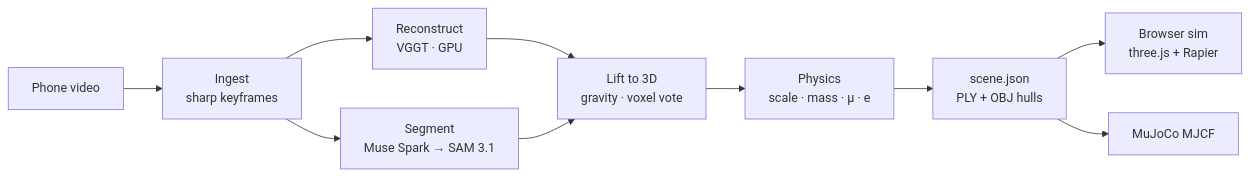
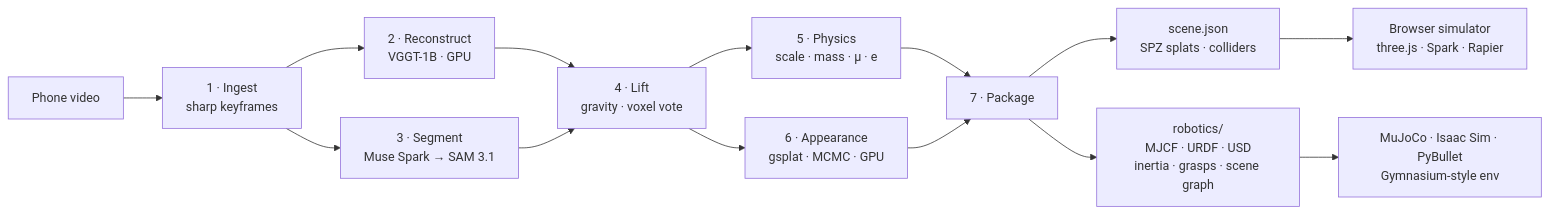
Before and after one commit to DanielTong50/3d-visualization: the diagram in README.md, drawn with Mermaid. The commit also changed other lines of this file and 4 other files, not shown here.

````diff
--- a/README.md
+++ b/README.md
@@ -50,12 +38,16 @@
 ```mermaid
 flowchart LR
-    V[Phone video] --> I[Ingest<br/>sharp keyframes]
-    I --> R[Reconstruct<br/>VGGT · GPU]
-    I --> S[Segment<br/>Muse Spark → SAM 3.1]
-    R --> L[Lift to 3D<br/>gravity · voxel vote]
+    V[Phone video] --> I[1 · Ingest<br/>sharp keyframes]
+    I --> R[2 · Reconstruct<br/>VGGT-1B · GPU]
+    I --> S[3 · Segment<br/>Muse Spark → SAM 3.1]
+    R --> L[4 · Lift<br/>gravity · voxel vote]
     S --> L
-    L --> P[Physics<br/>scale · mass · μ · e]
-    P --> K[scene.json<br/>PLY + OBJ hulls]
-    K --> W[Browser sim<br/>three.js + Rapier]
-    K --> M[MuJoCo MJCF]
+    L --> P[5 · Physics<br/>scale · mass · μ · e]
+    L --> G[6 · Appearance<br/>gsplat · MCMC · GPU]
+    P --> K[7 · Package]
+    G --> K
+    K --> SC[scene.json<br/>SPZ splats · colliders]
+    K --> RB[robotics/<br/>MJCF · URDF · USD<br/>inertia · grasps · scene graph]
+    SC --> W[Browser simulator<br/>three.js · Spark · Rapier]
+    RB --> M[MuJoCo · Isaac Sim · PyBullet<br/>Gymnasium-style env]
 ```
````
